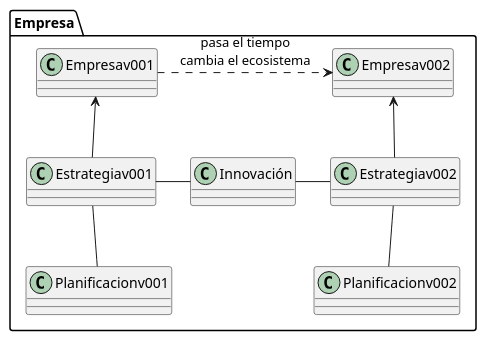
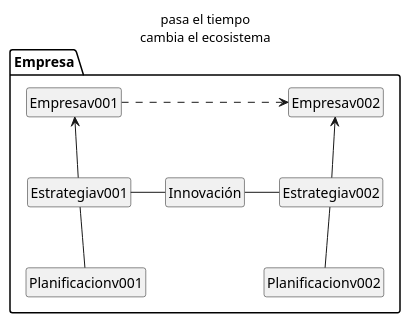
One commit to marcosvarona/DSI-22-23 changed the diagram in puml.source/innovacion.puml. Above: the diagram before and after it, drawn with PlantUML.

Commit message:
UML humanizado, plain vanilla

```diff
--- a/puml.source/innovacion.puml
+++ b/puml.source/innovacion.puml
@@ -1,14 +1,18 @@
 package Empresa {
 
-Empresav001 ...r...> Empresav002:pasa el tiempo\ncambia el ecosistema
+Empresav001 ...r...> Empresav002:pasa el tiempo\ncambia el ecosistema\n\n\n
 
 Empresav001 <-d- Estrategiav001
 Estrategiav001 -d- Planificacionv001
 
 Empresav002 <-d- Estrategiav002
 Estrategiav002 -d- Planificacionv002
 
 Estrategiav001 -r- Innovación
 Innovación -r- Estrategiav002
 
 }
+
+
+hide class circle
+hide empty members
```
